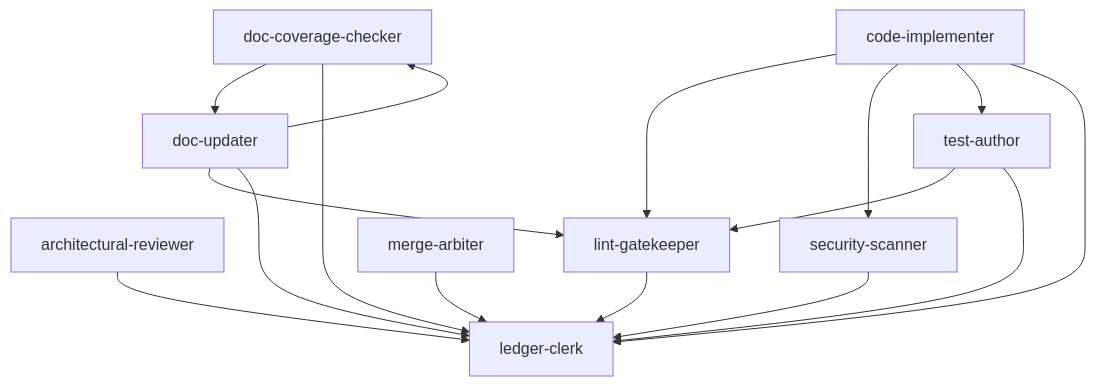
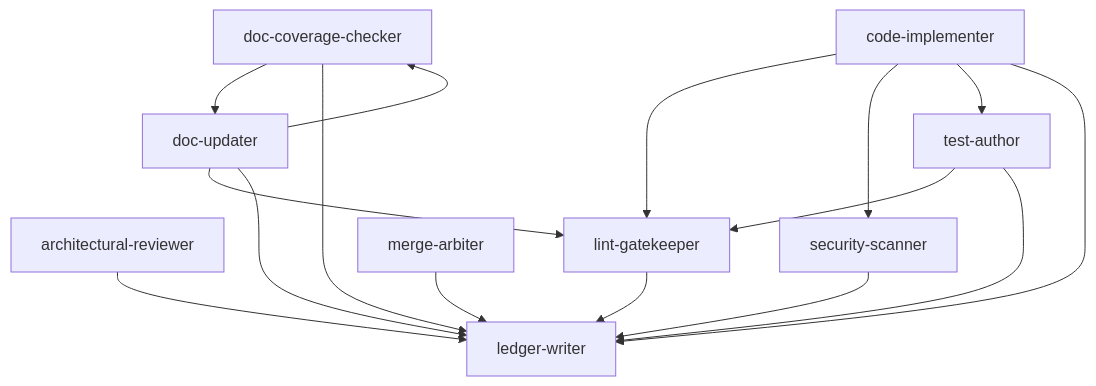
Before and after one commit to winton/llm-starter: the diagram in llm/agents.md, drawn with Mermaid. The commit also changed other lines of this file and 22 other files, not shown here.

````diff
--- a/llm/agents.md
+++ b/llm/agents.md
@@ -25,18 +23,18 @@
 ```mermaid
 graph TD
-  architectural-reviewer --> ledger-clerk
+  architectural-reviewer --> ledger-writer
   code-implementer --> lint-gatekeeper
   code-implementer --> security-scanner
   code-implementer --> test-author
-  code-implementer --> ledger-clerk
+  code-implementer --> ledger-writer
   doc-coverage-checker --> doc-updater
-  doc-coverage-checker --> ledger-clerk
+  doc-coverage-checker --> ledger-writer
   doc-updater --> doc-coverage-checker
   doc-updater --> lint-gatekeeper
-  doc-updater --> ledger-clerk
-  lint-gatekeeper --> ledger-clerk
-  merge-arbiter --> ledger-clerk
-  security-scanner --> ledger-clerk
+  doc-updater --> ledger-writer
+  lint-gatekeeper --> ledger-writer
+  merge-arbiter --> ledger-writer
+  security-scanner --> ledger-writer
   test-author --> lint-gatekeeper
-  test-author --> ledger-clerk
-``` 
+  test-author --> ledger-writer
+```
````
